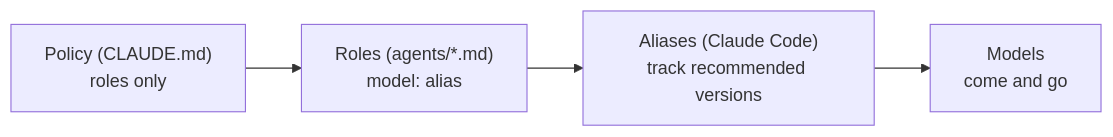
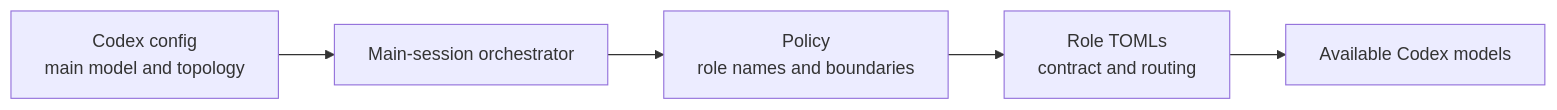
The diagram in docs/design.md (miyago9267/pilotfish-codex), drawn with Mermaid before and after one commit. The commit also changed other lines of this file and 20 other files, not shown here.

````diff
--- a/docs/design.md
+++ b/docs/design.md
@@ -58,4 +34,7 @@
 ```mermaid
 flowchart LR
-    P["Policy (CLAUDE.md)<br>roles only"] --> R["Roles (agents/*.md)<br>model: alias"] --> A["Aliases (Claude Code)<br>track recommended versions"] --> M["Models<br>come and go"]
+    CONFIG["Codex config<br>main model and topology"] --> ORCH["Main-session orchestrator"]
+    ORCH --> POLICY["Policy<br>role names and boundaries"]
+    POLICY --> ROLES["Role TOMLs<br>contract and routing"]
+    ROLES --> MODELS["Available Codex models"]
 ```
````
